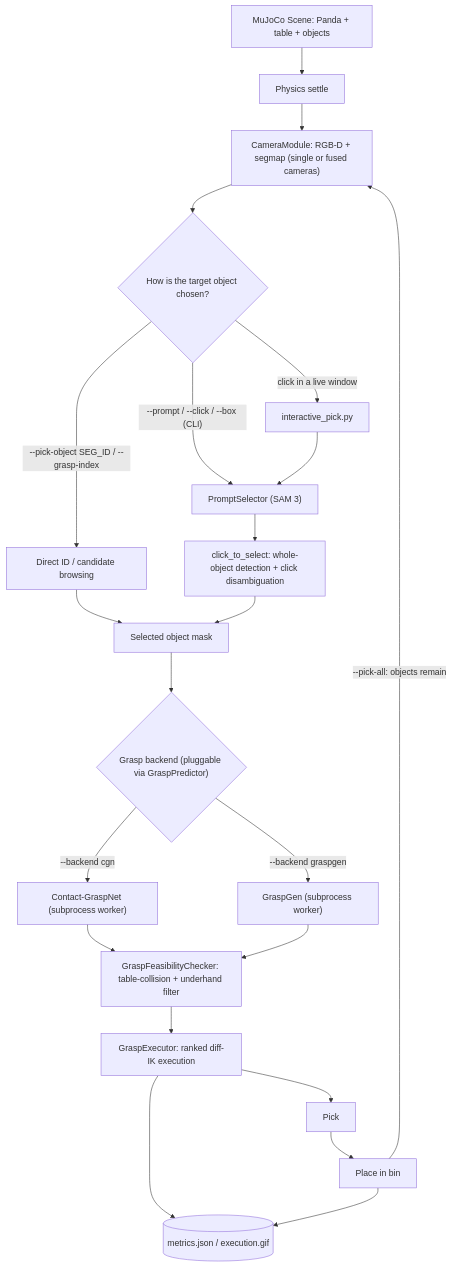
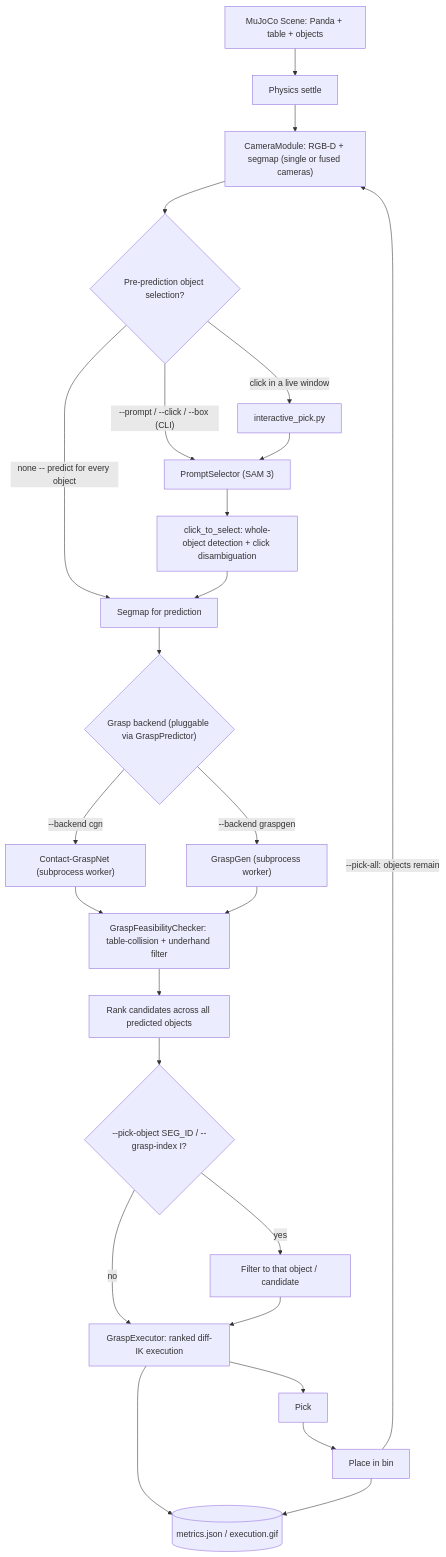
The first of 2 diagrams in README.md (VivekSai07/ContactPilot), drawn with Mermaid before and after one commit. The commit also changed other lines of this file, not shown here.

Commit message:
Fix README architecture/progress issues from final code review
- Fix architecture flowchart: move --pick-object/--grasp-index filtering to
  after ranking (not before prediction) per actual run_sim_grasp_test.py flow
- Retitle Architecture section to clarify MuJoCo sim scope, add lead-in
  sentence noting standalone CGN inference path
- Add caption under progress chart disclosing two different benchmarks
  (mixed-shape /40 vs box-only /15)

````diff
--- a/README.md
+++ b/README.md
@@ -15,24 +20,27 @@
 ```mermaid
 flowchart TD
     A["MuJoCo Scene: Panda + table + objects"] --> B["Physics settle"]
     B --> C["CameraModule: RGB-D + segmap (single or fused cameras)"]
-    C --> D{"How is the target object chosen?"}
-    D -->|"--pick-object SEG_ID / --grasp-index"| E["Direct ID / candidate browsing"]
+    C --> D{"Pre-prediction object selection?"}
     D -->|"--prompt / --click / --box (CLI)"| F["PromptSelector (SAM 3)"]
     D -->|"click in a live window"| G["interactive_pick.py"]
     G --> F
     F --> H["click_to_select: whole-object detection + click disambiguation"]
-    E --> P["Selected object mask"]
+    D -->|"none -- predict for every object"| P["Segmap for prediction"]
     H --> P
     P --> Q{"Grasp backend (pluggable via GraspPredictor)"}
     Q -->|"--backend cgn"| R["Contact-GraspNet (subprocess worker)"]
     Q -->|"--backend graspgen"| S["GraspGen (subprocess worker)"]
     R --> T["GraspFeasibilityChecker: table-collision + underhand filter"]
     S --> T
-    T --> U["GraspExecutor: ranked diff-IK execution"]
+    T --> RK["Rank candidates across all predicted objects"]
+    RK --> PF{"--pick-object SEG_ID / --grasp-index I?"}
+    PF -->|"yes"| PF2["Filter to that object / candidate"]
+    PF -->|"no"| U["GraspExecutor: ranked diff-IK execution"]
+    PF2 --> U
     U --> V["Pick"]
     V --> W["Place in bin"]
     W -->|"--pick-all: objects remain"| C
     U --> X[("metrics.json / execution.gif")]
     W --> X
 ```
````
